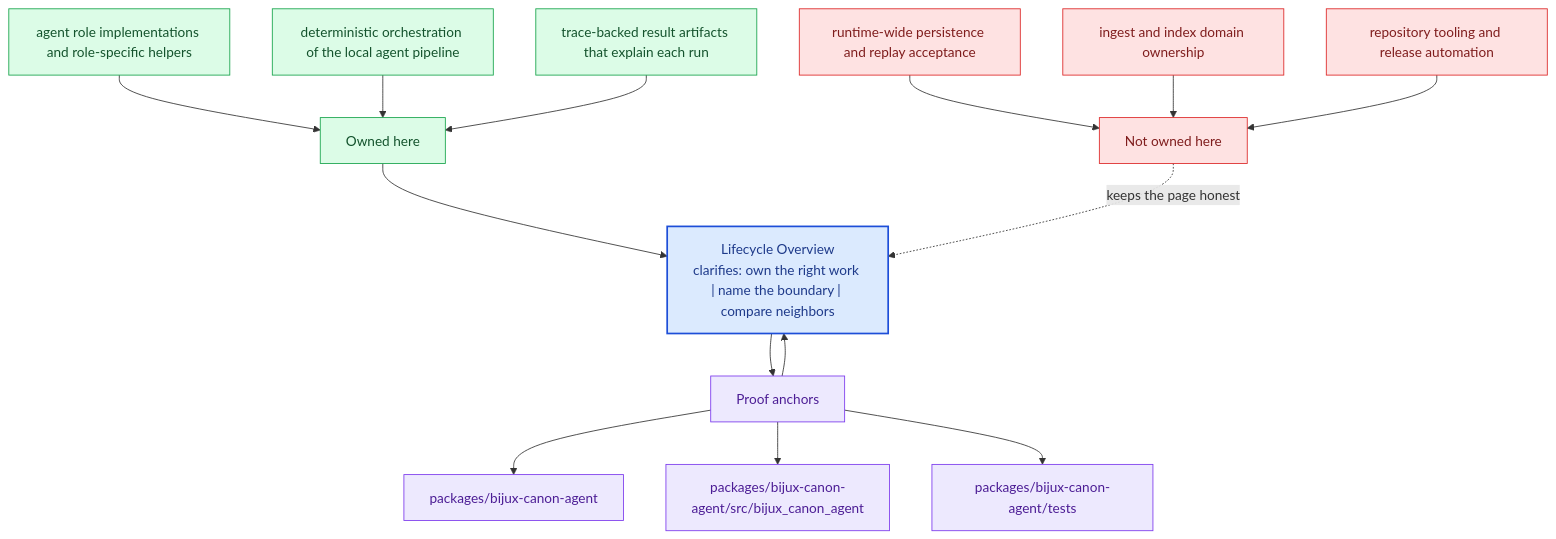
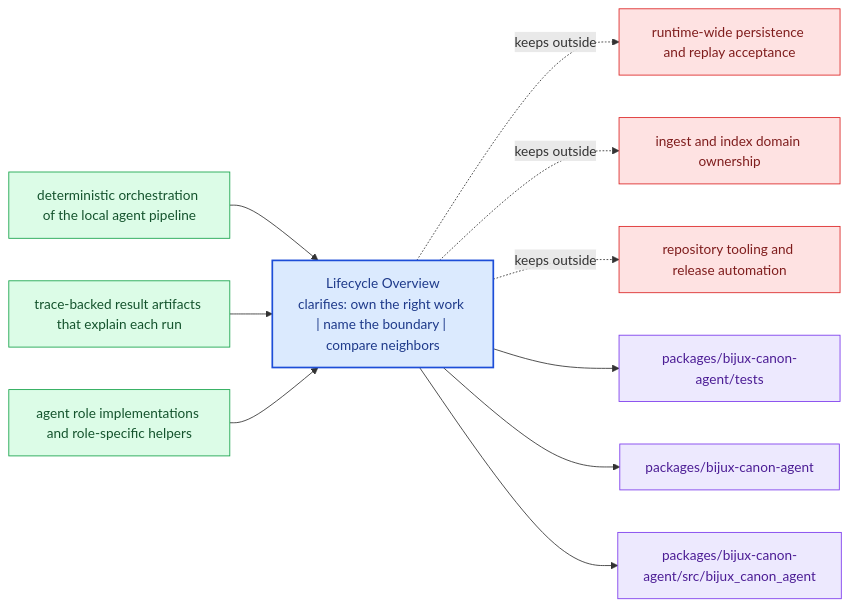
One commit to bijux/bijux-canon changed the diagram in docs/bijux-canon-agent/foundation/lifecycle-overview.md. Above: the diagram before and after it, drawn with Mermaid. The commit also changed other lines of this file and 281 other files, not shown here.

Commit message:
docs(diagrams): replace repeated mermaid scaffolds with page-specific summaries

````diff
--- a/docs/bijux-canon-agent/foundation/lifecycle-overview.md
+++ b/docs/bijux-canon-agent/foundation/lifecycle-overview.md
@@ -69,40 +24,31 @@
 ```mermaid
-flowchart TB
-    promise["Lifecycle Overview<br/>clarifies: own the right work | name the boundary | compare neighbors"]
-    classDef promise fill:#dbeafe,stroke:#1d4ed8,color:#1e3a8a,stroke-width:2px;
-    classDef driver fill:#dcfce7,stroke:#16a34a,color:#14532d;
-    classDef constraint fill:#fee2e2,stroke:#dc2626,color:#7f1d1d;
-    classDef ground fill:#ede9fe,stroke:#7c3aed,color:#4c1d95;
-    focus1["Owned here"]
-    focus1 --> promise
-    focus1_1["agent role implementations and role-specific helpers"]
-    focus1_1 --> focus1
-    focus1_2["deterministic orchestration of the local agent pipeline"]
-    focus1_2 --> focus1
-    focus1_3["trace-backed result artifacts that explain each run"]
-    focus1_3 --> focus1
-    class focus1 driver;
-    class focus1_1,focus1_2,focus1_3 driver;
-    focus2["Not owned here"]
-    focus2 -.keeps the page honest.-> promise
-    focus2_1["runtime-wide persistence and replay acceptance"]
-    focus2_1 --> focus2
-    focus2_2["ingest and index domain ownership"]
-    focus2_2 --> focus2
-    focus2_3["repository tooling and release automation"]
-    focus2_3 --> focus2
-    class focus2 constraint;
-    class focus2_1,focus2_2,focus2_3 constraint;
-    focus3["Proof anchors"]
-    focus3 --> promise
-    promise --> focus3
-    focus3_1["packages/bijux-canon-agent"]
-    focus3 --> focus3_1
-    focus3_2["packages/bijux-canon-agent/src/bijux_canon_agent"]
-    focus3 --> focus3_2
-    focus3_3["packages/bijux-canon-agent/tests"]
-    focus3 --> focus3_3
-    class focus3 ground;
-    class focus3_1,focus3_2,focus3_3 ground;
-    class promise promise;
+flowchart LR
+    page["Lifecycle Overview<br/>clarifies: own the right work | name the boundary | compare neighbors"]
+    classDef page fill:#dbeafe,stroke:#1d4ed8,color:#1e3a8a,stroke-width:2px;
+    classDef positive fill:#dcfce7,stroke:#16a34a,color:#14532d;
+    classDef caution fill:#fee2e2,stroke:#dc2626,color:#7f1d1d;
+    classDef anchor fill:#ede9fe,stroke:#7c3aed,color:#4c1d95;
+    classDef action fill:#fef3c7,stroke:#d97706,color:#7c2d12;
+    own1["deterministic orchestration of the local agent pipeline"]
+    own1 --> page
+    own2["trace-backed result artifacts that explain each run"]
+    own2 --> page
+    own3["agent role implementations and role-specific helpers"]
+    own3 --> page
+    limit1["runtime-wide persistence and replay acceptance"]
+    page -.keeps outside.-> limit1
+    limit2["ingest and index domain ownership"]
+    page -.keeps outside.-> limit2
+    limit3["repository tooling and release automation"]
+    page -.keeps outside.-> limit3
+    anchor1["packages/bijux-canon-agent/tests"]
+    page --> anchor1
+    anchor2["packages/bijux-canon-agent"]
+    page --> anchor2
+    anchor3["packages/bijux-canon-agent/src/bijux_canon_agent"]
+    page --> anchor3
+    class page page;
+    class own1,own2,own3 positive;
+    class limit1,limit2,limit3 caution;
+    class anchor1,anchor2,anchor3 anchor;
 ```
````
